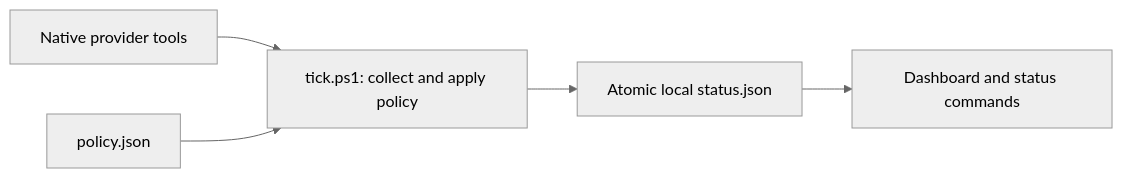
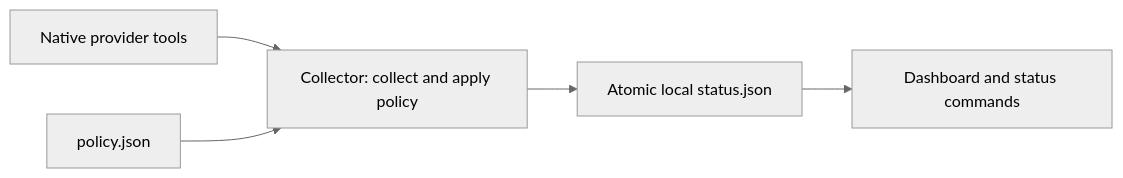
Before and after one commit to Mmore35/hotpl8: the first of 2 diagrams in docs/architecture.md, drawn with Mermaid (neutral theme). The commit also changed other lines of this file and 5 other files, not shown here.

````diff
--- a/docs/architecture.md
+++ b/docs/architecture.md
@@ -9,7 +9,7 @@
 ```mermaid
 flowchart LR
-    A[Native provider tools] --> B[tick.ps1: collect and apply policy]
+    A[Native provider tools] --> B[Collector: collect and apply policy]
     B --> C[Atomic local status.json]
     C --> D[Dashboard and status commands]
     P[policy.json] --> B
 ```
````
